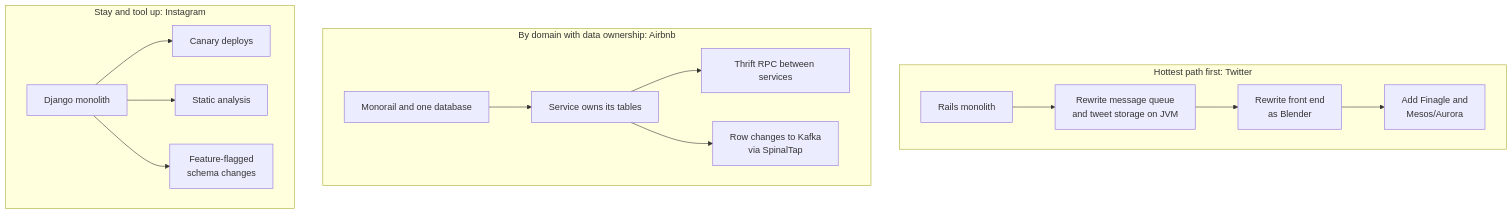
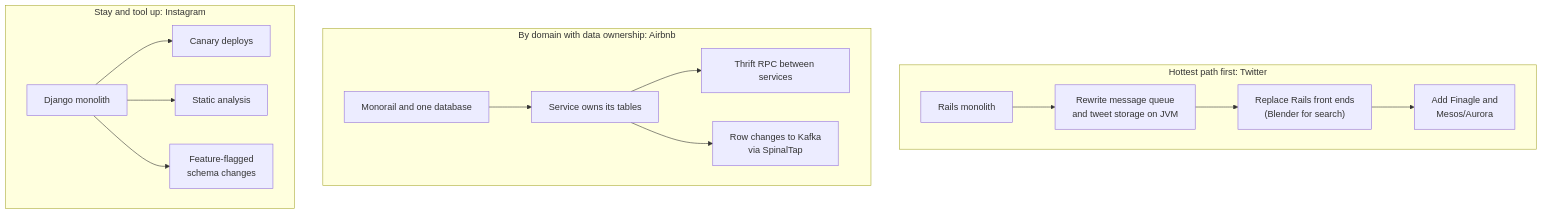
One commit to alwin-verus/big-tech-system-design changed the second of 4 diagrams in comparisons/monolith-to-microservices.md. Above: the diagram before and after it, drawn with Mermaid. The commit also changed other lines of this file and 56 other files, not shown here.

````diff
--- a/comparisons/monolith-to-microservices.md
+++ b/comparisons/monolith-to-microservices.md
@@ -122,18 +122,18 @@
 ```mermaid
 flowchart TB
   subgraph HP["Hottest path first: Twitter"]
     H1["Rails monolith"] --> H2["Rewrite message queue<br/>and tweet storage on JVM"]
-    H2 --> H3["Rewrite front end<br/>as Blender"]
+    H2 --> H3["Replace Rails front ends<br/>(Blender for search)"]
     H3 --> H4["Add Finagle and<br/>Mesos/Aurora"]
   end
   subgraph DO["By domain with data ownership: Airbnb"]
     A1["Monorail and one database"] --> A2["Service owns its tables"]
     A2 --> A3["Thrift RPC between services"]
     A2 --> A4["Row changes to Kafka<br/>via SpinalTap"]
   end
   subgraph ST["Stay and tool up: Instagram"]
     I1["Django monolith"] --> I2["Canary deploys"]
     I1 --> I3["Static analysis"]
     I1 --> I4["Feature-flagged<br/>schema changes"]
   end
 ```
````
